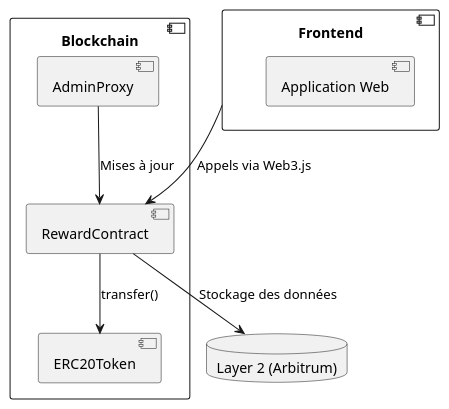
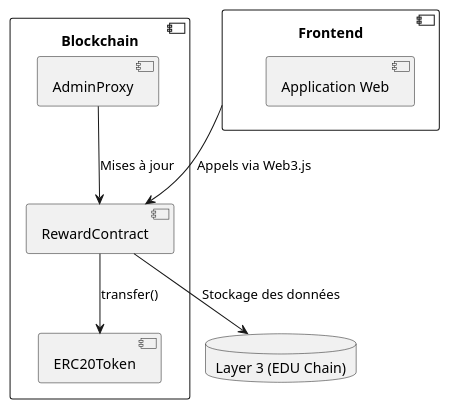
One commit to ErwanDerrien/EtudeDeCas changed the diagram in DiagrammesArchitecture/Component_Diagram.puml. Above: the diagram before and after it, drawn with PlantUML. The commit also changed 10 other files, not shown here.

```diff
--- a/DiagrammesArchitecture/Component_Diagram.puml
+++ b/DiagrammesArchitecture/Component_Diagram.puml
@@ -1,18 +1,18 @@
 @startuml Component_Diagram
 component "Frontend" as front {
   [Application Web]
 }
 
 component "Blockchain" as chain {
   [RewardContract] as RC
   [ERC20Token] as ERC20
   [AdminProxy] as Proxy
 }
 
-database "Layer 2 (Arbitrum)" as arbitrum
+database "Layer 3 (EDU Chain)" as l3
 
 front --> RC : "Appels via Web3.js"
 RC --> ERC20 : "transfer()"
 Proxy --> RC : "Mises à jour"
-RC --> arbitrum : "Stockage des données"
+RC --> l3 : "Stockage des données"
 @enduml
```
